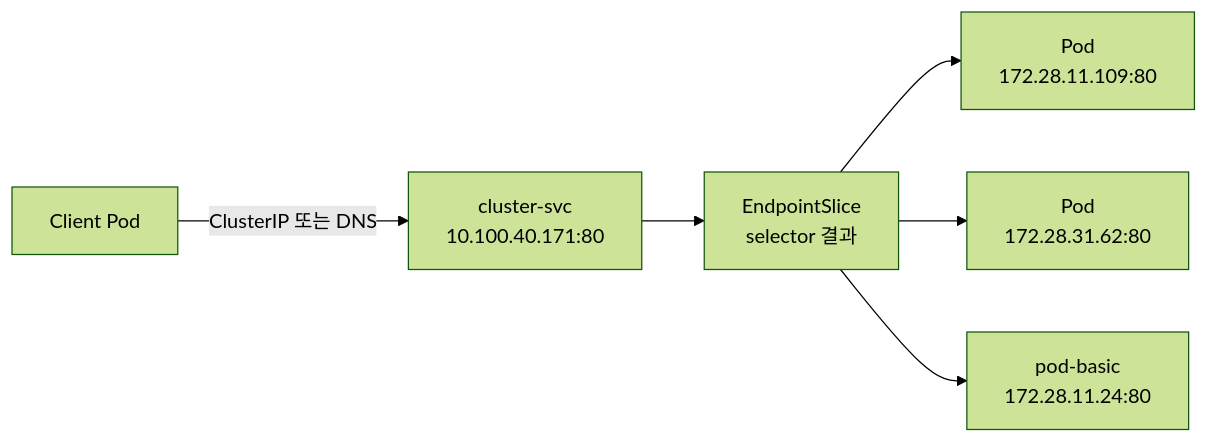
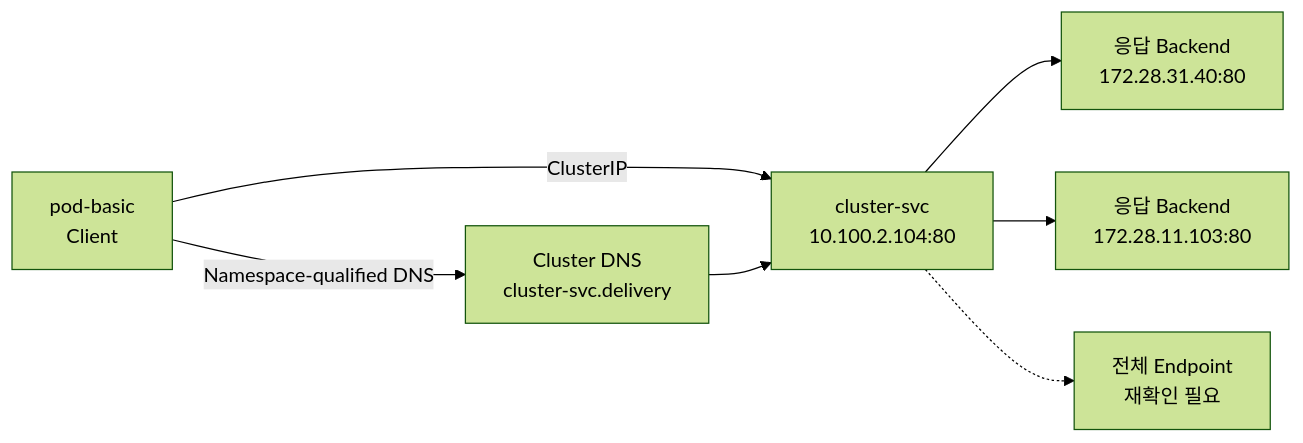
Before and after one commit to Unoh03/Obsi3: the diagram in 10_학습 노트/클라우드/Kubernetes/Lab_EKS Service 기초 실습.md, drawn with Mermaid (forest theme). The commit also changed other lines of this file, not shown here.

````diff
--- a/10_학습 노트/클라우드/Kubernetes/Lab_EKS Service 기초 실습.md
+++ b/10_학습 노트/클라우드/Kubernetes/Lab_EKS Service 기초 실습.md
@@ -291,15 +299,16 @@
 ```mermaid
 flowchart LR
-    C["Client Pod"]
-    S["cluster-svc<br/>10.100.40.171:80"]
-    E["EndpointSlice<br/>selector 결과"]
-    P1["Pod<br/>172.28.11.109:80"]
-    P2["Pod<br/>172.28.31.62:80"]
-    P3["pod-basic<br/>172.28.11.24:80"]
+    C["pod-basic<br/>Client"]
+    D["Cluster DNS<br/>cluster-svc.delivery"]
+    S["cluster-svc<br/>10.100.2.104:80"]
+    P1["응답 Backend<br/>172.28.31.40:80"]
+    P2["응답 Backend<br/>172.28.11.103:80"]
+    U["전체 Endpoint<br/>재확인 필요"]
 
-    C -->|"ClusterIP 또는 DNS"| S
-    S --> E
-    E --> P1
-    E --> P2
-    E --> P3
+    C -->|"ClusterIP"| S
+    C -->|"Namespace-qualified DNS"| D
+    D --> S
+    S --> P1
+    S --> P2
+    S -.-> U
 ```
````
